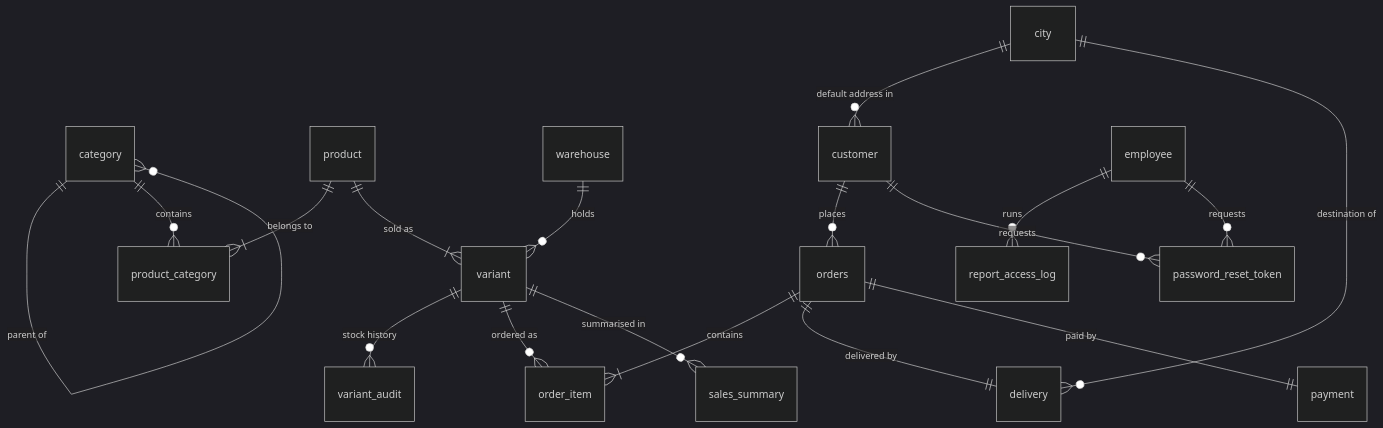
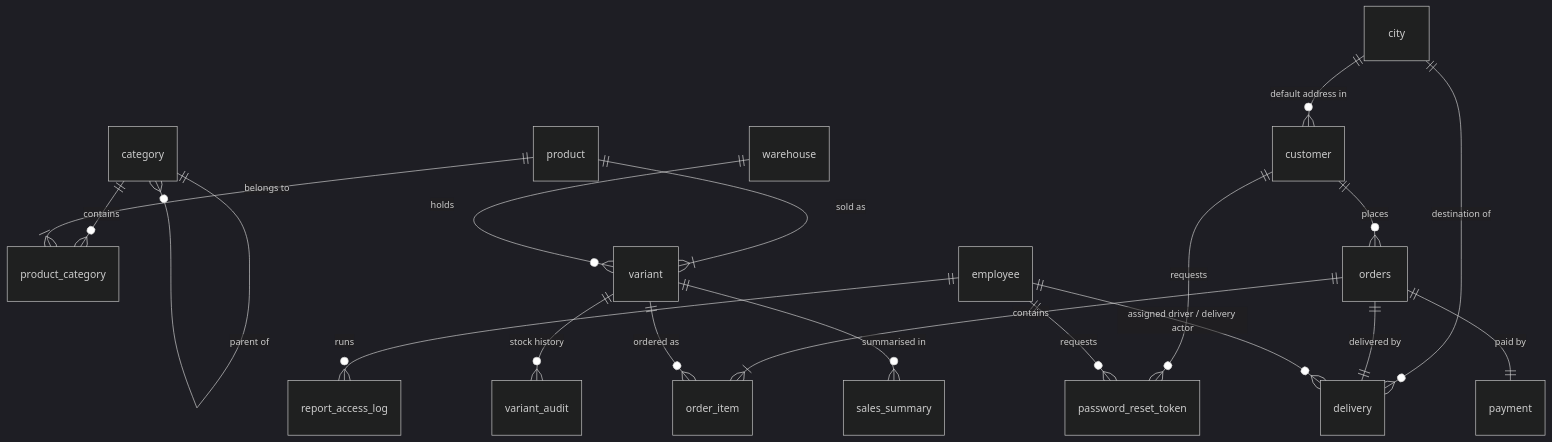
The diagram in Database/README.md (BrightBuy-team/BrightBuy_dbproject), drawn with Mermaid (dark theme) before and after one commit. The commit also changed other lines of this file and 36 other files, not shown here.

````diff
--- a/Database/README.md
+++ b/Database/README.md
@@ -50,20 +50,21 @@
 ```mermaid
 erDiagram
     category ||--o{ category : "parent of"
     category ||--o{ product_category : contains
     product ||--|{ product_category : "belongs to"
     product ||--|{ variant : "sold as"
     warehouse ||--o{ variant : holds
     variant ||--o{ variant_audit : "stock history"
     city ||--o{ customer : "default address in"
     city ||--o{ delivery : "destination of"
     customer ||--o{ orders : places
     orders ||--|{ order_item : contains
     variant ||--o{ order_item : "ordered as"
     orders ||--|| delivery : "delivered by"
     orders ||--|| payment : "paid by"
     variant ||--o{ sales_summary : "summarised in"
     employee ||--o{ report_access_log : runs
+    employee ||--o{ delivery : "assigned driver / delivery actor"
     customer ||--o{ password_reset_token : requests
     employee ||--o{ password_reset_token : requests
 ```
````
